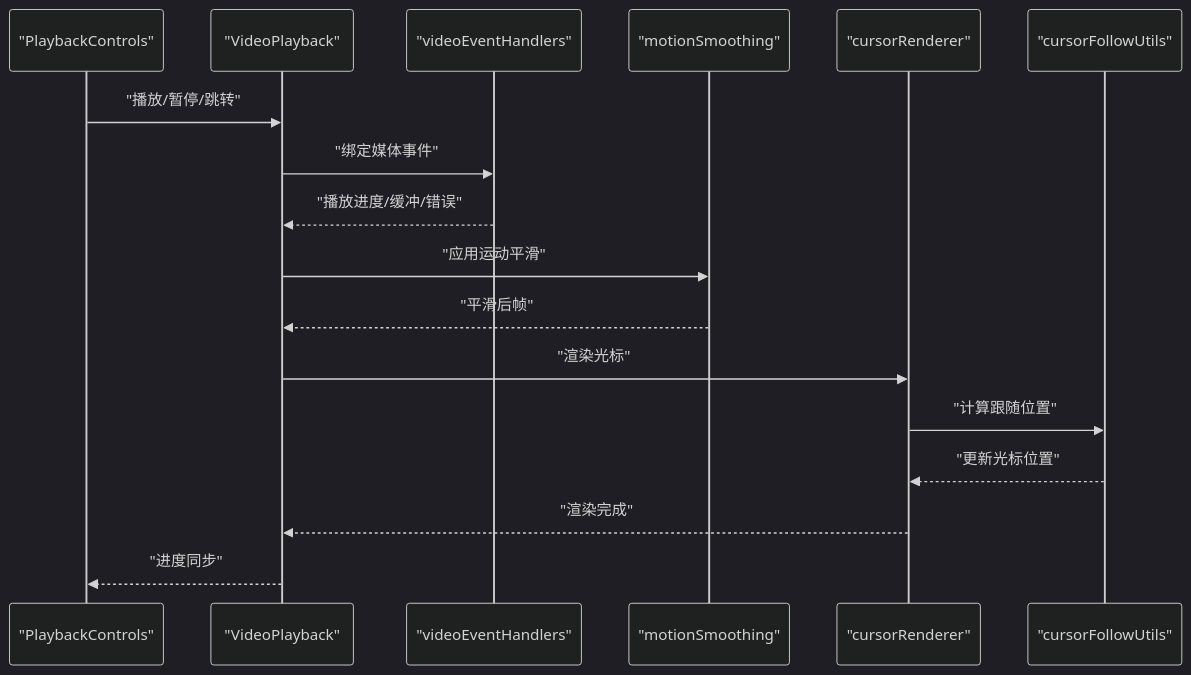
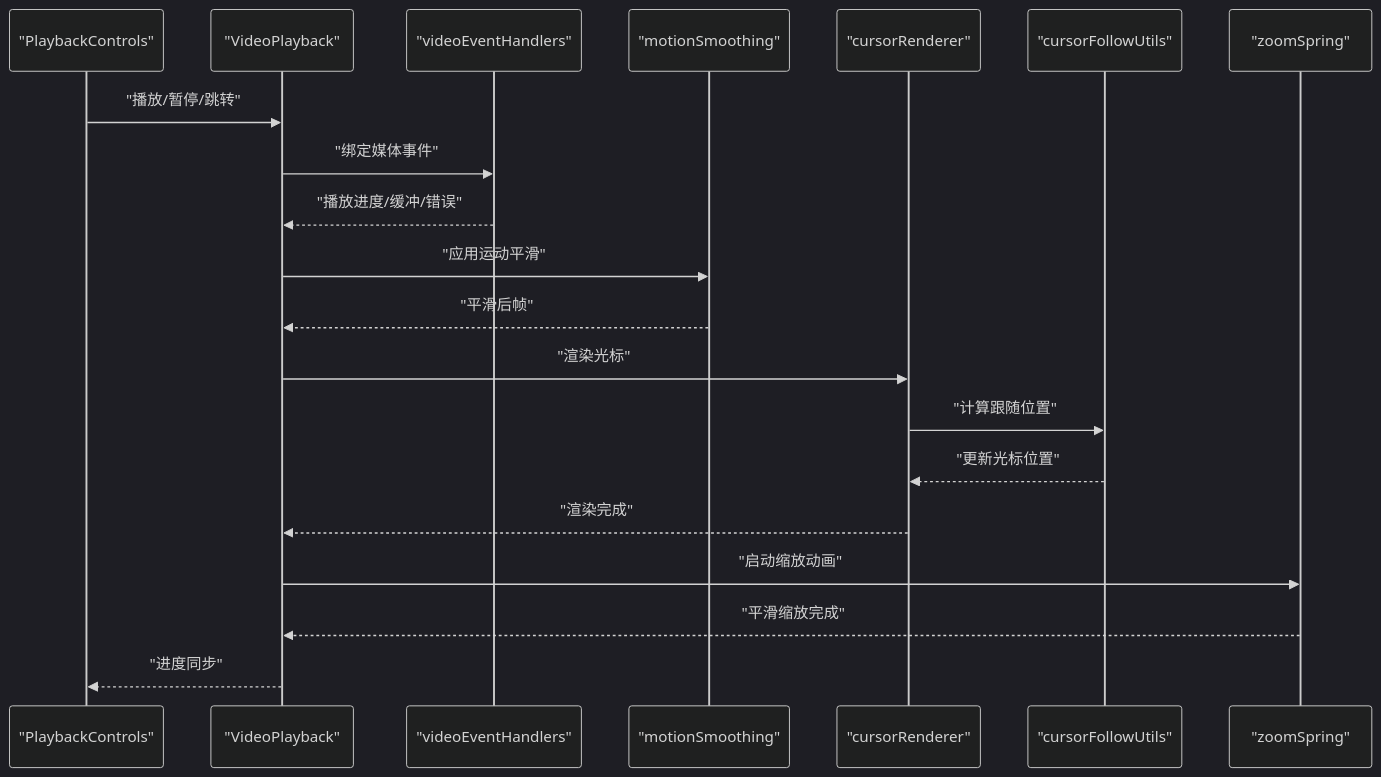
Before and after one commit to zhanggmin/openscreen: the fifth of 9 diagrams in .qoder/repowiki/zh/content/视频编辑系统/视频编辑系统.md, drawn with Mermaid (dark theme). The commit also changed other lines of this file and 68 other files, not shown here.

Commit message:
开发图文编辑功能

````diff
--- a/.qoder/repowiki/zh/content/视频编辑系统/视频编辑系统.md
+++ b/.qoder/repowiki/zh/content/视频编辑系统/视频编辑系统.md
@@ -314,19 +364,22 @@
 ```mermaid
 sequenceDiagram
 participant PC as "PlaybackControls"
 participant VP as "VideoPlayback"
 participant EH as "videoEventHandlers"
 participant MS as "motionSmoothing"
 participant CR as "cursorRenderer"
 participant CF as "cursorFollowUtils"
+participant ZS as "zoomSpring"
 PC->>VP : "播放/暂停/跳转"
 VP->>EH : "绑定媒体事件"
 EH-->>VP : "播放进度/缓冲/错误"
 VP->>MS : "应用运动平滑"
 MS-->>VP : "平滑后帧"
 VP->>CR : "渲染光标"
 CR->>CF : "计算跟随位置"
 CF-->>CR : "更新光标位置"
 CR-->>VP : "渲染完成"
+VP->>ZS : "启动缩放动画"
+ZS-->>VP : "平滑缩放完成"
 VP-->>PC : "进度同步"
 ```
````
